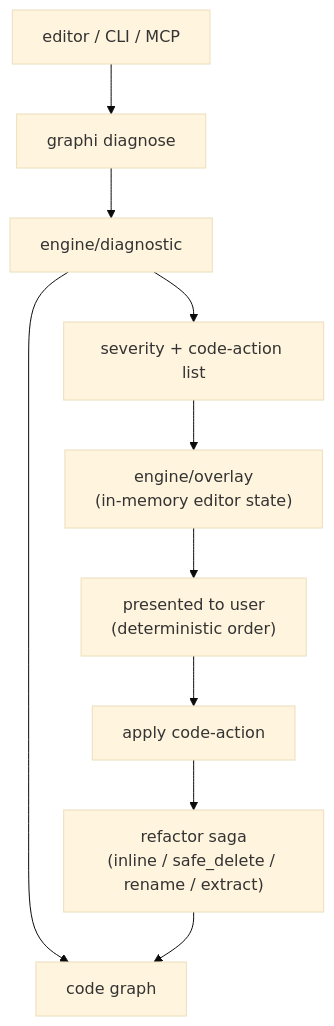
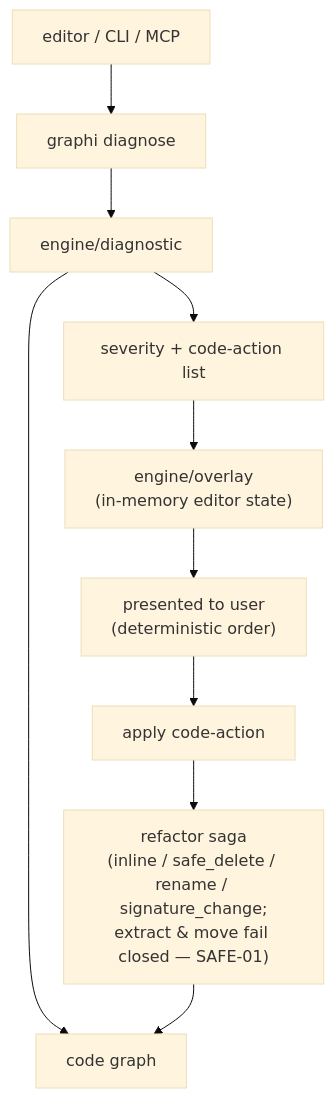
The eighth of 8 diagrams in docs/FEATURES.md (samibel/graphi), drawn with Mermaid (base theme) before and after one commit. The commit also changed 15 other files, not shown here.

First line of the commit message:
SW-112 (SAFE-01): fail-close extract/move, Labs HTTP routes and remote memory export

````diff
--- a/docs/FEATURES.md
+++ b/docs/FEATURES.md
@@ -409,12 +409,12 @@
 ```mermaid
 flowchart TD
   S["editor / CLI / MCP"] --> D["graphi diagnose"]
   D --> E1["engine/diagnostic"]
   E1 --> G["code graph"]
   E1 --> R["severity + code-action list"]
   R --> O["engine/overlay<br/>(in-memory editor state)"]
   O --> P["presented to user<br/>(deterministic order)"]
   P --> A["apply code-action"]
-  A --> SAG["refactor saga<br/>(inline / safe_delete / rename / extract)"]
+  A --> SAG["refactor saga<br/>(inline / safe_delete / rename / signature_change;<br/>extract & move fail closed — SAFE-01)"]
   SAG --> G
 ```
````
